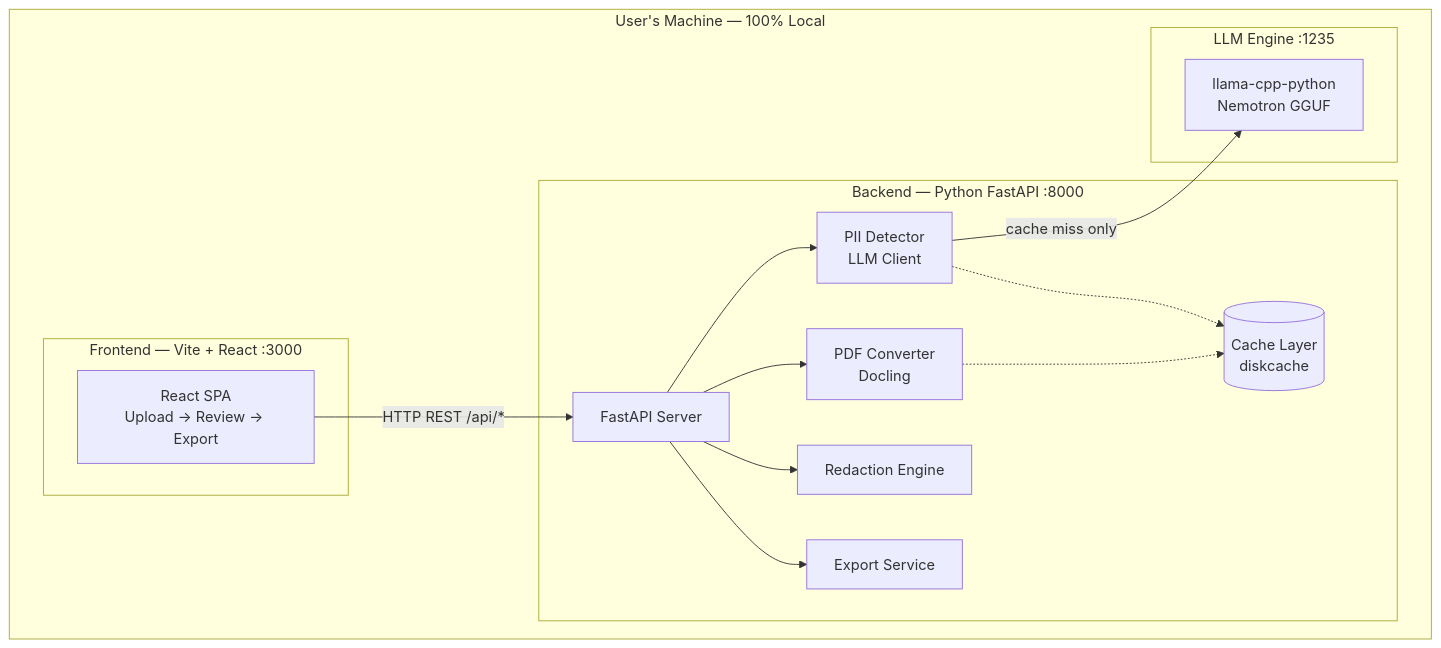
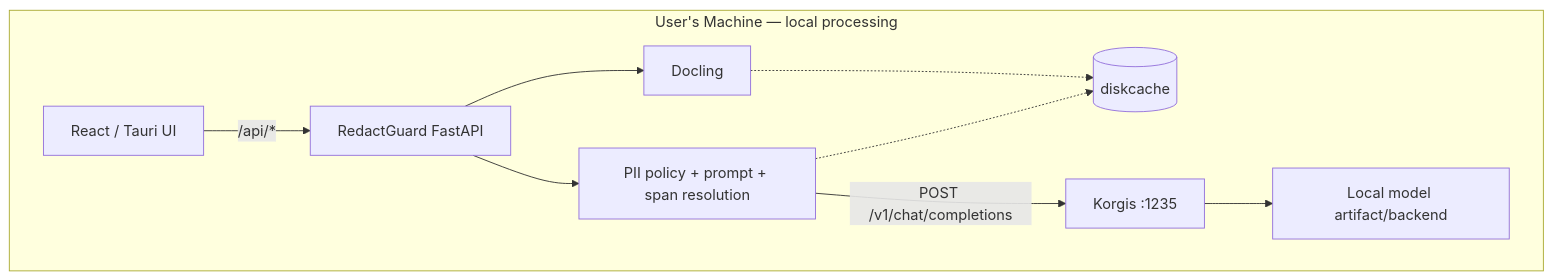
Before and after one commit to daniele21/redact-guard: the first of 3 diagrams in docs/00-discovery/01-solution-strategy.md, drawn with Mermaid. The commit also changed other lines of this file and 31 other files, not shown here.

First line of the commit message:
Migrate RedactGuard local inference to Korgis

````diff
--- a/docs/00-discovery/01-solution-strategy.md
+++ b/docs/00-discovery/01-solution-strategy.md
@@ -9,30 +9,20 @@
 ```mermaid
 graph TB
-    subgraph "User's Machine — 100% Local"
-        subgraph "Frontend — Vite + React :3000"
-            UI[React SPA<br/>Upload → Review → Export]
-        end
-        
-        subgraph "Backend — Python FastAPI :8000"
-            API[FastAPI Server]
-            PDF[PDF Converter<br/>Docling]
-            PII[PII Detector<br/>LLM Client]
-            RED[Redaction Engine]
-            EXP[Export Service]
-            CACHE[(Cache Layer<br/>diskcache)]
-        end
-        
-        subgraph "LLM Engine :1235"
-            LLM[llama-cpp-python<br/>Nemotron GGUF]
-        end
-        
-        UI -- "HTTP REST /api/*" --> API
+    subgraph "User's Machine — local processing"
+        UI[React / Tauri UI]
+        API[RedactGuard FastAPI]
+        PDF[Docling]
+        PII[PII policy + prompt + span resolution]
+        CACHE[(diskcache)]
+        K[Korgis :1235]
+        MODEL[Local model artifact/backend]
+
+        UI -->|/api/*| API
         API --> PDF
         API --> PII
-        API --> RED
-        API --> EXP
         PDF -.-> CACHE
         PII -.-> CACHE
-        PII -- "cache miss only" --> LLM
+        PII -->|POST /v1/chat/completions| K
+        K --> MODEL
     end
 ```
````
